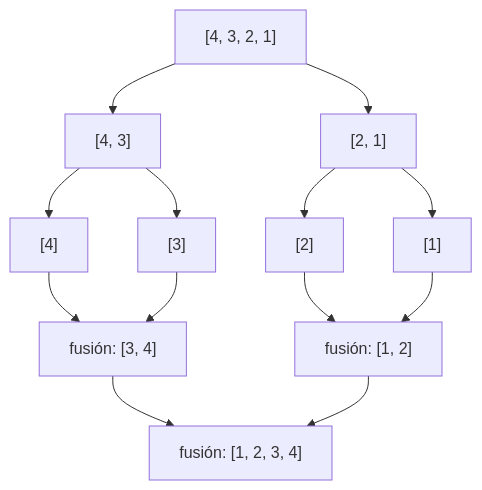
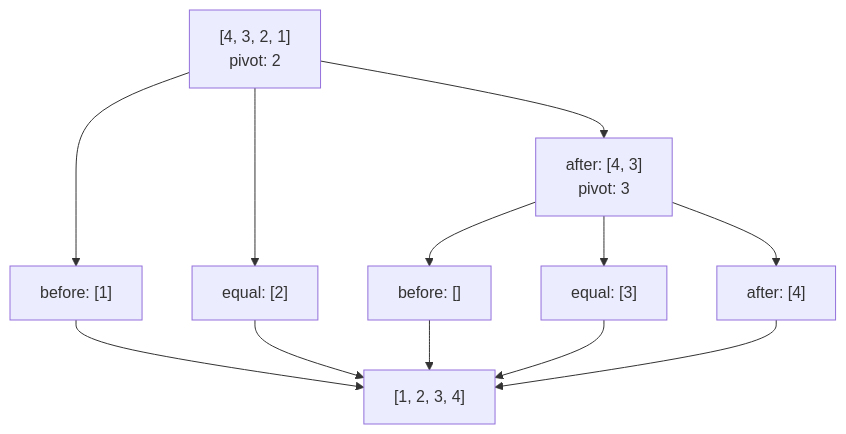
Before and after one commit to mintlify-demo/docs: the diagram in es/merge-sort-api/guides/how-it-works.mdx, drawn with Mermaid. The commit also changed other lines of this file and 19 other files, not shown here.

````diff
--- a/es/merge-sort-api/guides/how-it-works.mdx
+++ b/es/merge-sort-api/guides/how-it-works.mdx
@@ -11,15 +11,14 @@
 ```mermaid
 flowchart TD
-    A["[4, 3, 2, 1]"] --> B["[4, 3]"]
-    A --> C["[2, 1]"]
-    B --> D["[4]"]
-    B --> E["[3]"]
-    C --> F["[2]"]
-    C --> G["[1]"]
-    D --> H["fusión: [3, 4]"]
+    A["[4, 3, 2, 1]<br/>pivot: 2"] --> B["before: [1]"]
+    A --> C["equal: [2]"]
+    A --> D["after: [4, 3]<br/>pivot: 3"]
+    D --> E["before: []"]
+    D --> F["equal: [3]"]
+    D --> G["after: [4]"]
+    B --> H["[1, 2, 3, 4]"]
+    C --> H
     E --> H
-    F --> I["fusión: [1, 2]"]
-    G --> I
-    H --> J["fusión: [1, 2, 3, 4]"]
-    I --> J
+    F --> H
+    G --> H
 ```
````
